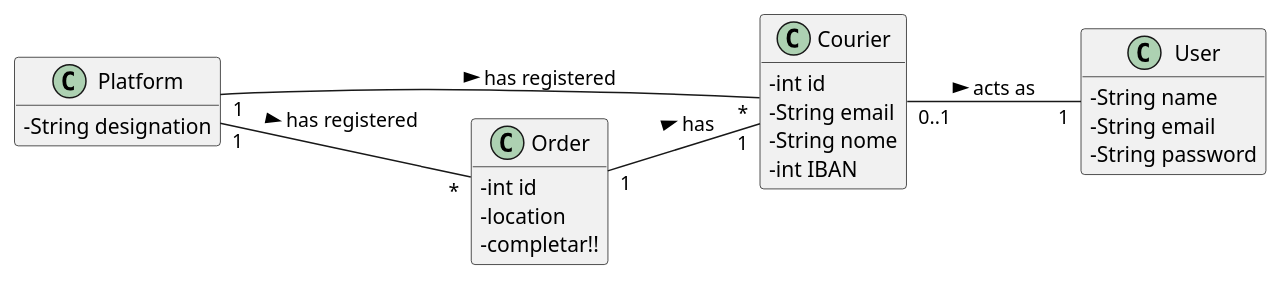
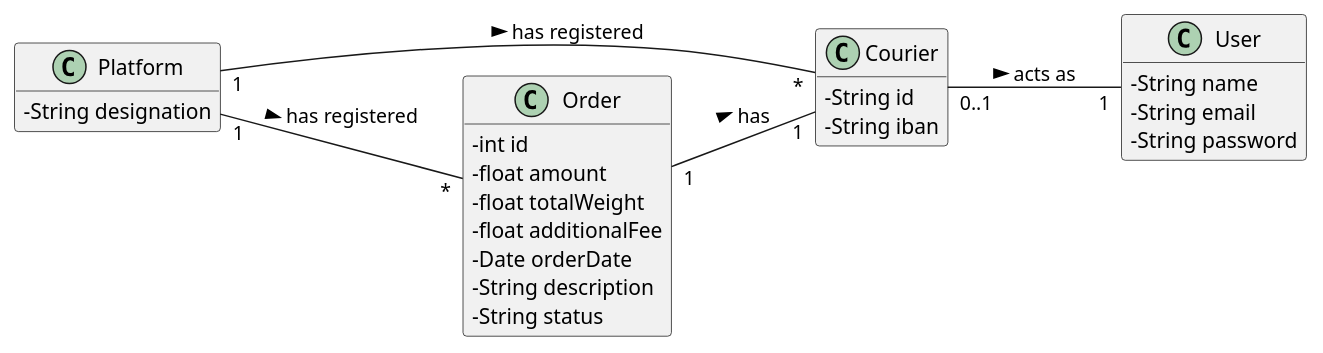
The diagram in docs/Iteration 1/Delivery Management/US48_KnowDelivery/US48_DM.puml (tiagoavcosta25/LAPR3), drawn with PlantUML before and after one commit. The commit also changed 6 other files, not shown here.

Commit message:
LAPR2AP2-61 #close SQL implementation getOrderByCourier [Implementation] LAPR2AP2-124 #fixing CD, DM, SD fixing [Design

```diff
--- a/docs/Iteration 1/Delivery Management/US48_KnowDelivery/US48_DM.puml
+++ b/docs/Iteration 1/Delivery Management/US48_KnowDelivery/US48_DM.puml
@@ -1,31 +1,33 @@
 @startuml
 skinparam classAttributeIconSize 0
 hide methods
 left to right direction
 
 class Platform {
 -   String designation
 }
-class Courier{
--   int id
--   String email
--   String nome
--   int IBAN
+class Courier {
+      -String id
+      -String iban
 }
 class User{
 -   String name
 -   String email
 -   String password
 }
 
 class Order{
 -   int id
--   location
--   completar!!
+-   float amount
+-   float totalWeight
+-   float additionalFee
+-   Date orderDate
+-   String description
+-   String status
 }
 
 Platform "1" -- "*" Courier : has registered >
 Platform "1" -- "*" Order : has registered >
 Courier "0..1" -- "1" User: acts as >
 Order "1" -- "1" Courier : has >
 @enduml
```
